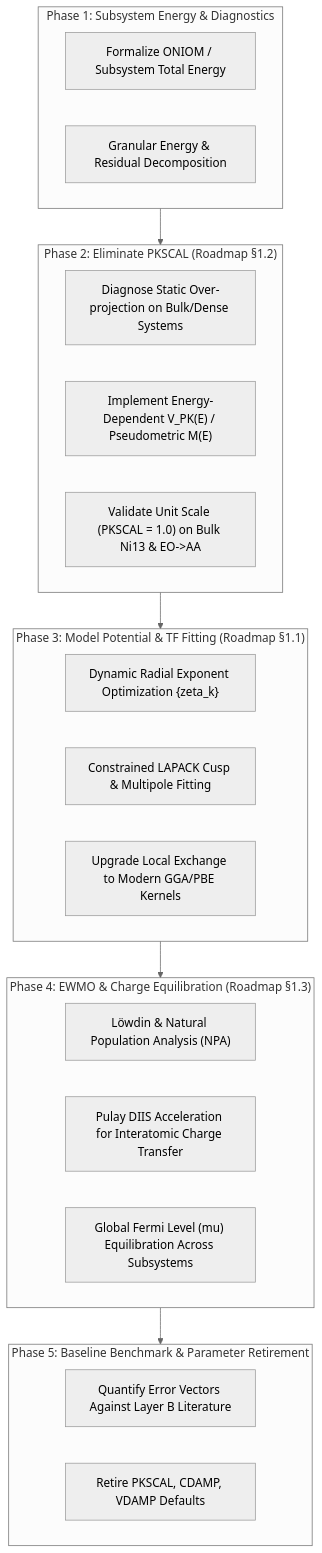
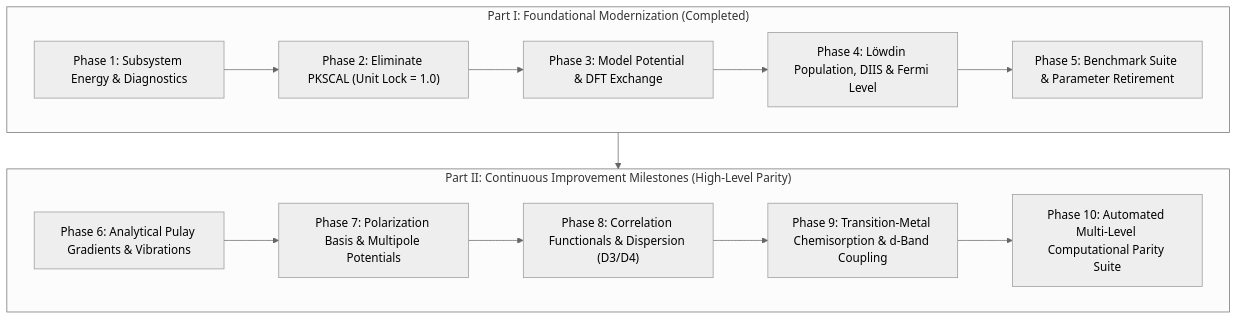
One commit to JackS9/phatpsy2 changed the diagram in Methodology_plan.md. Above: the diagram before and after it, drawn with Mermaid (neutral theme). The commit also changed other lines of this file and 1 other file, not shown here.

Commit message:
docs: establish Part II continuous methodology improvement plan with milestones

````diff
--- a/Methodology_plan.md
+++ b/Methodology_plan.md
@@ -9,35 +11,22 @@
 ```mermaid
 flowchart TD
-    subgraph Phase1["Phase 1: Subsystem Energy & Diagnostics"]
-        P1A["Formalize ONIOM / Subsystem Total Energy"]
-        P1B["Granular Energy & Residual Decomposition"]
+    subgraph Part1["Part I: Foundational Modernization (Completed)"]
+        P1["Phase 1: Subsystem Energy & Diagnostics"]
+        P2["Phase 2: Eliminate PKSCAL (Unit Lock = 1.0)"]
+        P3["Phase 3: Model Potential & DFT Exchange"]
+        P4["Phase 4: Löwdin Population, DIIS & Fermi Level"]
+        P5["Phase 5: Benchmark Suite & Parameter Retirement"]
+        P1 --> P2 --> P3 --> P4 --> P5
     end
 
-    subgraph Phase2["Phase 2: Eliminate PKSCAL (Roadmap §1.2)"]
-        P2A["Diagnose Static Over-projection on Bulk/Dense Systems"]
-        P2B["Implement Energy-Dependent V_PK(E) / Pseudometric M(E)"]
-        P2C["Validate Unit Scale (PKSCAL = 1.0) on Bulk Ni13 & EO->AA"]
+    subgraph Part2["Part II: Continuous Improvement Milestones (High-Level Parity)"]
+        P6["Phase 6: Analytical Pulay Gradients & Vibrations"]
+        P7["Phase 7: Polarization Basis & Multipole Potentials"]
+        P8["Phase 8: Correlation Functionals & Dispersion (D3/D4)"]
+        P9["Phase 9: Transition-Metal Chemisorption & d-Band Coupling"]
+        P10["Phase 10: Automated Multi-Level Computational Parity Suite"]
+        P6 --> P7 --> P8 --> P9 --> P10
     end
 
-    subgraph Phase3["Phase 3: Model Potential & TF Fitting (Roadmap §1.1)"]
-        P3A["Dynamic Radial Exponent Optimization {zeta_k}"]
-        P3B["Constrained LAPACK Cusp & Multipole Fitting"]
-        P3C["Upgrade Local Exchange to Modern GGA/PBE Kernels"]
-    end
-
-    subgraph Phase4["Phase 4: EWMO & Charge Equilibration (Roadmap §1.3)"]
-        P4A["Löwdin & Natural Population Analysis (NPA)"]
-        P4B["Pulay DIIS Acceleration for Interatomic Charge Transfer"]
-        P4C["Global Fermi Level (mu) Equilibration Across Subsystems"]
-    end
-
-    subgraph Phase5["Phase 5: Baseline Benchmark & Parameter Retirement"]
-        P5A["Quantify Error Vectors Against Layer B Literature"]
-        P5B["Retire PKSCAL, CDAMP, VDAMP Defaults"]
-    end
-
-    Phase1 --> Phase2
-    Phase2 --> Phase3
-    Phase3 --> Phase4
-    Phase4 --> Phase5
+    Part1 --> Part2
 ```
````
